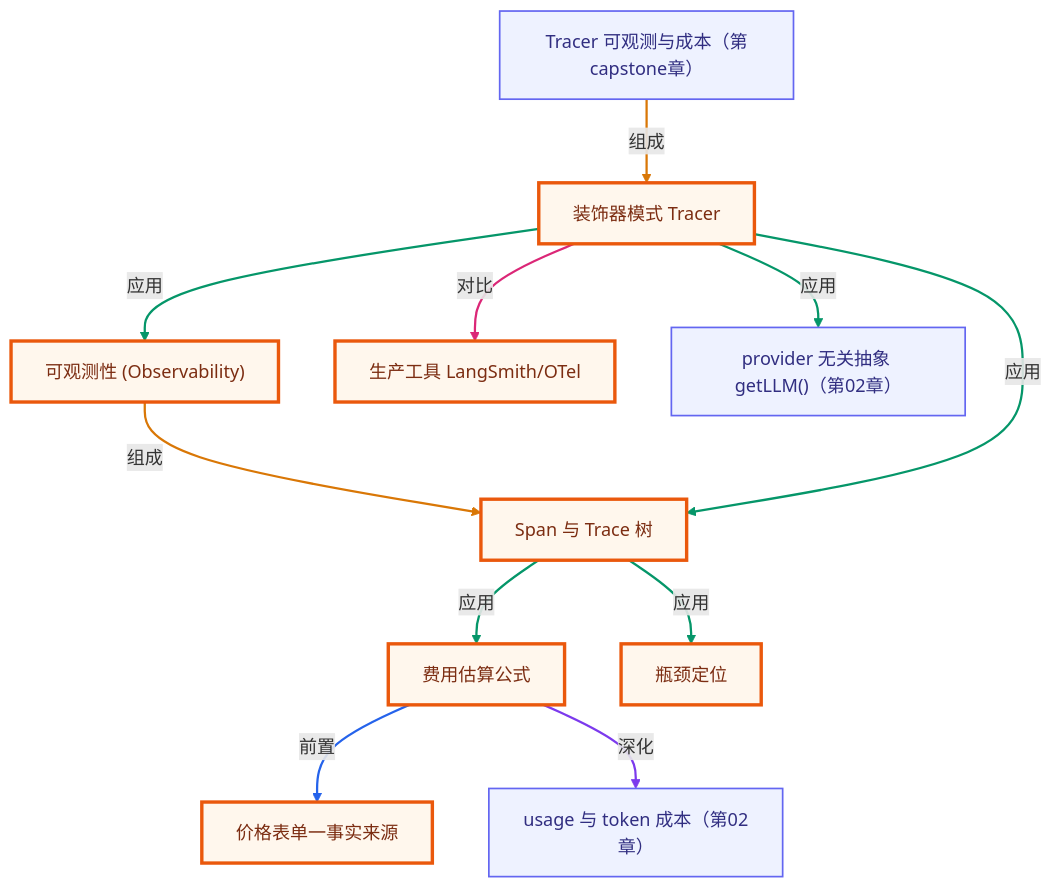
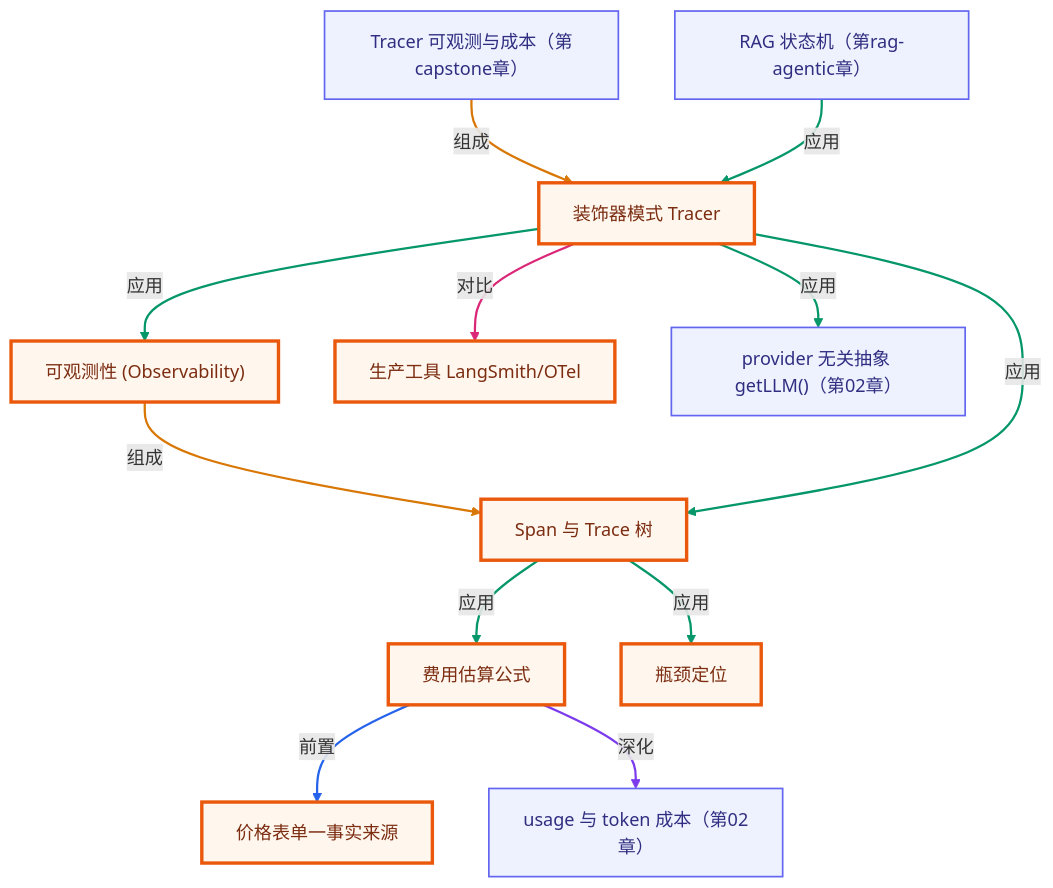
One commit to songuu/agent changed the second of 2 diagrams in lessons/16-observability-and-cost/README.md. Above: the diagram before and after it, drawn with Mermaid. The commit also changed other lines of this file and 58 other files, not shown here.

````diff
--- a/lessons/16-observability-and-cost/README.md
+++ b/lessons/16-observability-and-cost/README.md
@@ -258,37 +258,40 @@
 ```mermaid
 graph TB
   classDef own fill:#fff7ed,stroke:#ea580c,stroke-width:3px,color:#7c2d12;
   classDef cross fill:#eef2ff,stroke:#6366f1,stroke-width:1.5px,color:#312e81;
   n_c16_observability["可观测性 (Observability)"]
   n_c16_span_trace_tree["Span 与 Trace 树"]
   n_c16_decorator_tracer["装饰器模式 Tracer"]
   n_c16_cost_estimation["费用估算公式"]
   n_c16_price_table["价格表单一事实来源"]
   n_c16_bottleneck_location["瓶颈定位"]
   n_c16_production_tooling["生产工具 LangSmith/OTel"]
   n_c02_usage_token["usage 与 token 成本（第02章）"]
   n_c02_get_llm_abstraction["provider 无关抽象 getLLM()（第02章）"]
   n_ccapstone_tracer_cost["Tracer 可观测与成本（第capstone章）"]
+  n_cragagentic_state_machine["RAG 状态机（第rag-agentic章）"]
   n_c16_observability -->|组成| n_c16_span_trace_tree
   n_c16_decorator_tracer -->|应用| n_c16_observability
   n_c16_decorator_tracer -->|应用| n_c16_span_trace_tree
   n_c16_cost_estimation -->|前置| n_c16_price_table
   n_c16_span_trace_tree -->|应用| n_c16_cost_estimation
   n_c16_span_trace_tree -->|应用| n_c16_bottleneck_location
   n_c16_decorator_tracer -->|对比| n_c16_production_tooling
   n_c16_cost_estimation -->|深化| n_c02_usage_token
   n_c16_decorator_tracer -->|应用| n_c02_get_llm_abstraction
   n_ccapstone_tracer_cost -->|组成| n_c16_decorator_tracer
+  n_cragagentic_state_machine -->|应用| n_c16_decorator_tracer
   class n_c16_observability,n_c16_span_trace_tree,n_c16_decorator_tracer,n_c16_cost_estimation,n_c16_price_table,n_c16_bottleneck_location,n_c16_production_tooling own;
-  class n_c02_usage_token,n_c02_get_llm_abstraction,n_ccapstone_tracer_cost cross;
+  class n_c02_usage_token,n_c02_get_llm_abstraction,n_ccapstone_tracer_cost,n_cragagentic_state_machine cross;
   linkStyle 0 stroke:#d97706,stroke-width:2px;
   linkStyle 1 stroke:#059669,stroke-width:2px;
   linkStyle 2 stroke:#059669,stroke-width:2px;
   linkStyle 3 stroke:#2563eb,stroke-width:2px;
   linkStyle 4 stroke:#059669,stroke-width:2px;
   linkStyle 5 stroke:#059669,stroke-width:2px;
   linkStyle 6 stroke:#db2777,stroke-width:2px;
   linkStyle 7 stroke:#7c3aed,stroke-width:2px;
   linkStyle 8 stroke:#059669,stroke-width:2px;
   linkStyle 9 stroke:#d97706,stroke-width:2px;
+  linkStyle 10 stroke:#059669,stroke-width:2px;
 ```
````
